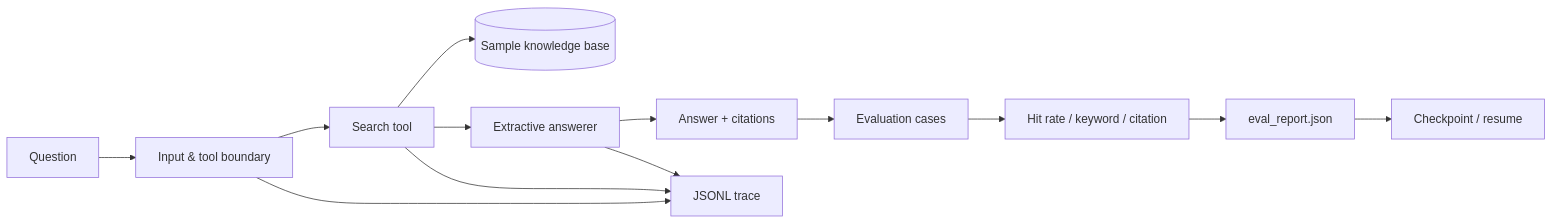
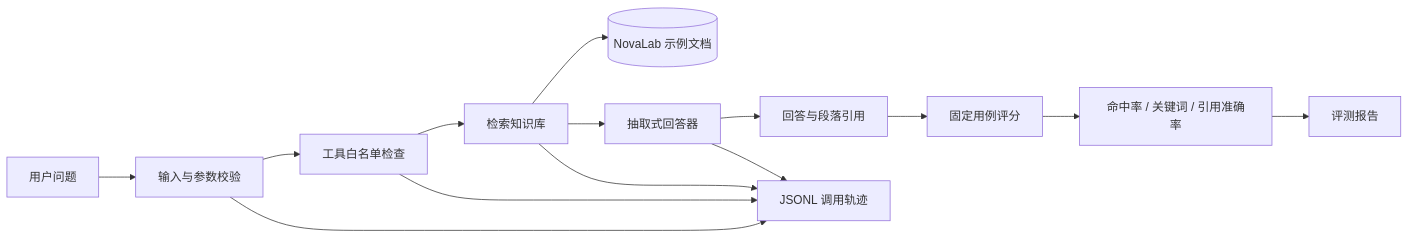
The diagram in README.md (Bowen-studying/rag-agent-harness), drawn with Mermaid before and after one commit. The commit also changed other lines of this file and 1 other file, not shown here.

````diff
--- a/README.md
+++ b/README.md
@@ -23,15 +53,16 @@
 ```mermaid
 flowchart LR
-    Q[Question] --> V[Input & tool boundary]
-    V --> R[Search tool]
-    R --> K[(Sample knowledge base)]
-    R --> A[Extractive answerer]
-    A --> C[Answer + citations]
-    C --> E[Evaluation cases]
-    E --> M[Hit rate / keyword / citation]
-    V --> T[JSONL trace]
+    Q[用户问题] --> V[输入与参数校验]
+    V --> B[工具白名单检查]
+    B --> R[检索知识库]
+    R --> K[(NovaLab 示例文档)]
+    R --> A[抽取式回答器]
+    A --> C[回答与段落引用]
+    C --> E[固定用例评分]
+    E --> M[命中率 / 关键词 / 引用准确率]
+    V --> T[JSONL 调用轨迹]
+    B --> T
     R --> T
     A --> T
-    M --> P[eval_report.json]
-    P --> CP[Checkpoint / resume]
+    M --> P[评测报告]
 ```
````
